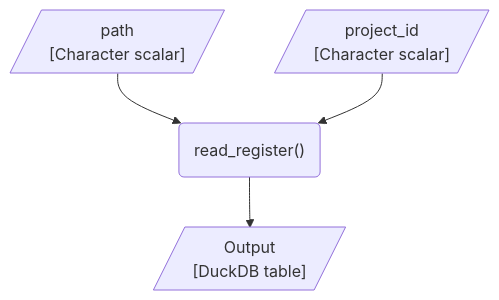
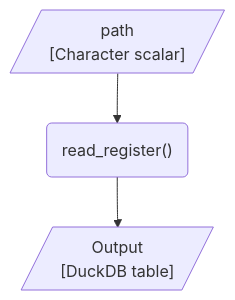
One commit to dp-next/registers2parquet changed the third of 3 diagrams in vignettes/design.qmd. Above: the diagram before and after it, drawn with Mermaid. The commit also changed other lines of this file and 2 other files, not shown here.

````diff
--- a/vignettes/design.qmd
+++ b/vignettes/design.qmd
@@ -207,17 +111,14 @@
 ```{mermaid}
 %%| label: fig-flow-use
-%%| fig-cap: "Flow of the expected flow of reading a Parquet register that was created with the fastreg package."
-%%| fig-alt: "A flowchart showing the expected flow of reading a Parquet register created with the fastreg package. It includes using the register name to read a specific register into the R session using the `read_register_parquet()` function, which outputs the register as a DuckDB table."
+%%| fig-cap: "Expected workflow for reading a Parquet register as a DuckDB table."
+%%| fig-alt: "A flowchart showing the expected flow of reading a Parquet register created with the fastreg package."
+
 flowchart TD
-
-    project_id[/"project_id<br>[Character scalar]"/]
     path[/"path<br>[Character scalar]"/]
-
     read_register("read_register()")
-
     output[/"Output<br>[DuckDB table]"/]
 
     %% Edges
-    path & project_id --> read_register --> output
+    path --> read_register --> output
 
 ```
````
